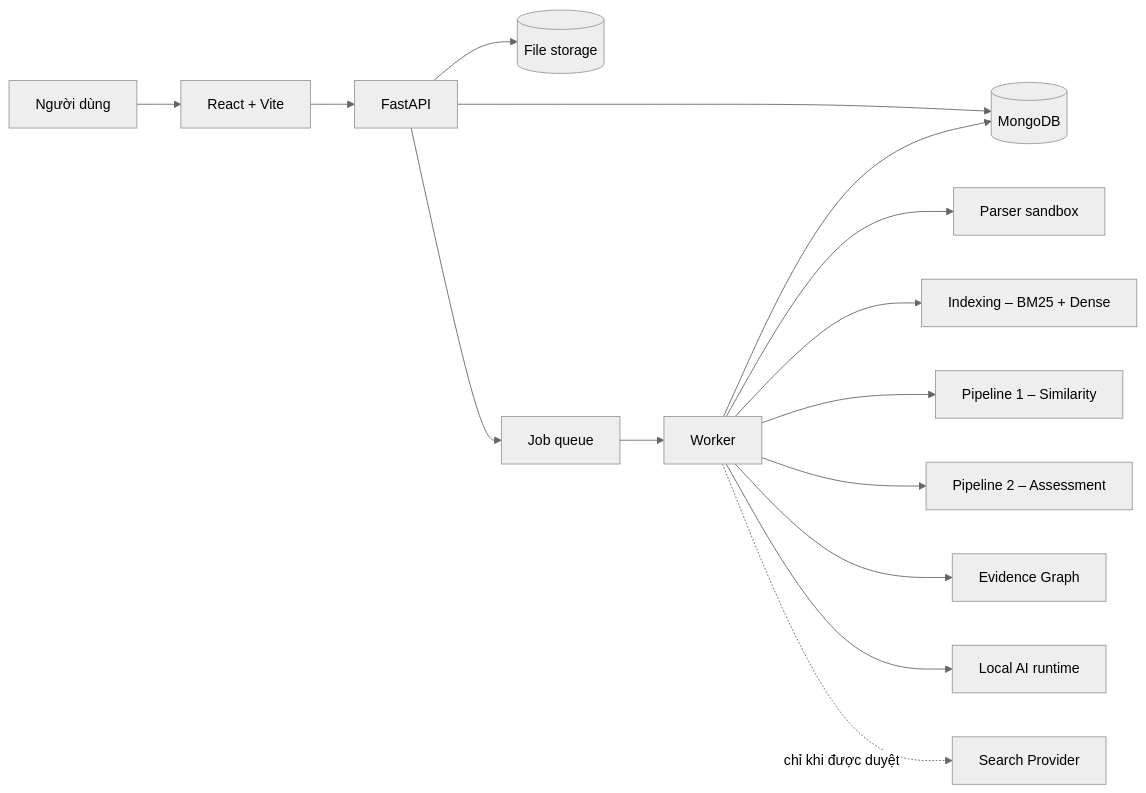
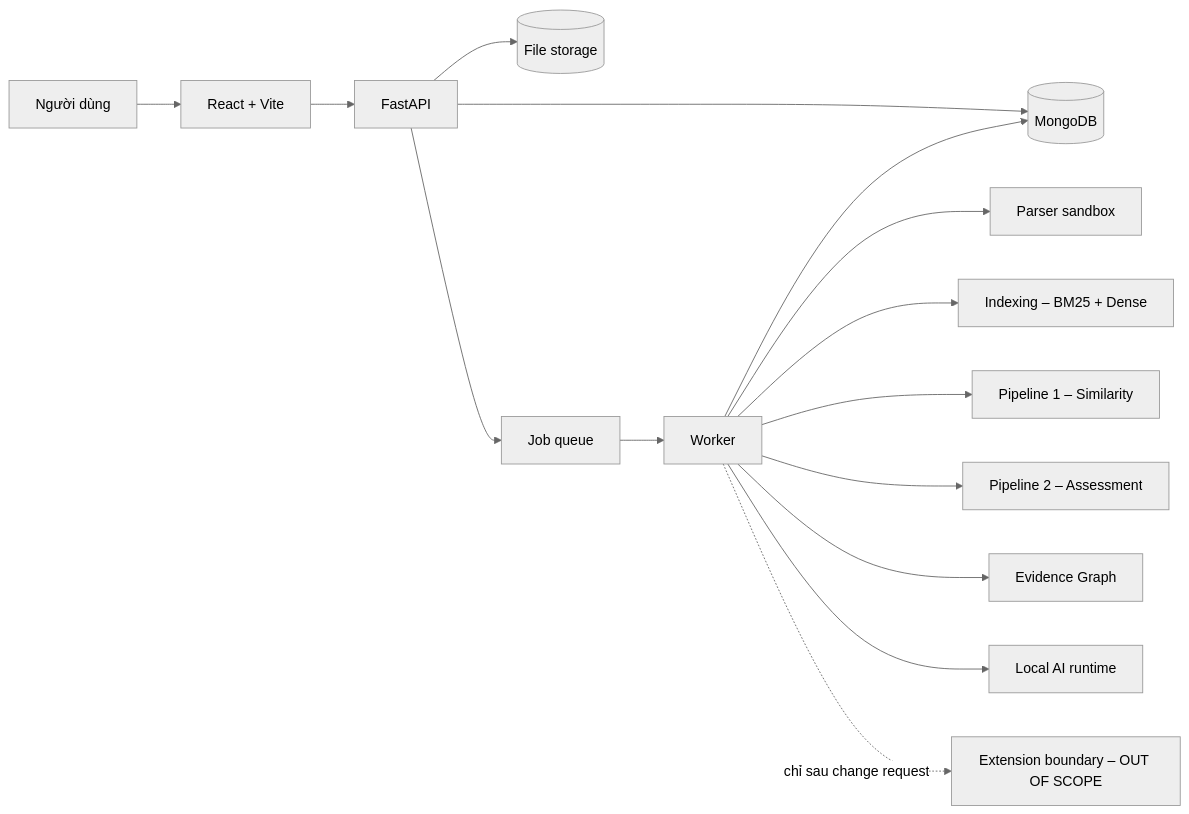
The diagram in README.md (ngwine/evidence-grounded-report-assessment), drawn with Mermaid (neutral theme) before and after one commit. The commit also changed other lines of this file and 4 other files, not shown here.

````diff
--- a/README.md
+++ b/README.md
@@ -39,17 +41,17 @@
 ```mermaid
 flowchart LR
     U[Người dùng] --> WEB[React + Vite]
     WEB --> API[FastAPI]
     API --> DB[(MongoDB)]
     API --> FS[(File storage)]
     API --> Q[Job queue]
     Q --> WK[Worker]
     WK --> PARSER[Parser sandbox]
     WK --> IDX[Indexing – BM25 + Dense]
     WK --> P1[Pipeline 1 – Similarity]
     WK --> P2[Pipeline 2 – Assessment]
     WK --> GRAPH[Evidence Graph]
     WK --> DB
     WK --> AI[Local AI runtime]
-    WK -. chỉ khi được duyệt .-> SP[Search Provider]
+    WK -. chỉ sau change request .-> SP[Extension boundary – OUT OF SCOPE]
 ```
````
